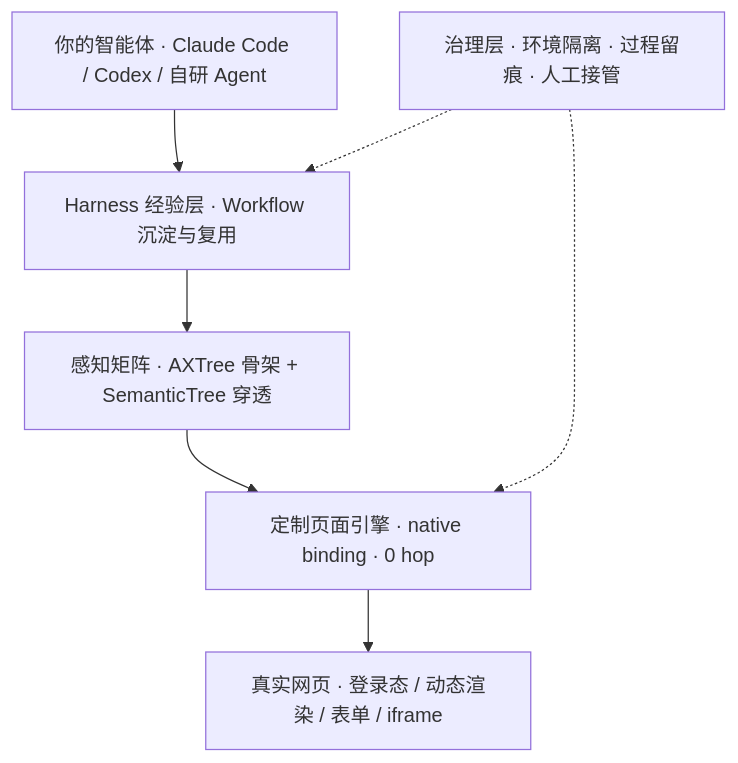
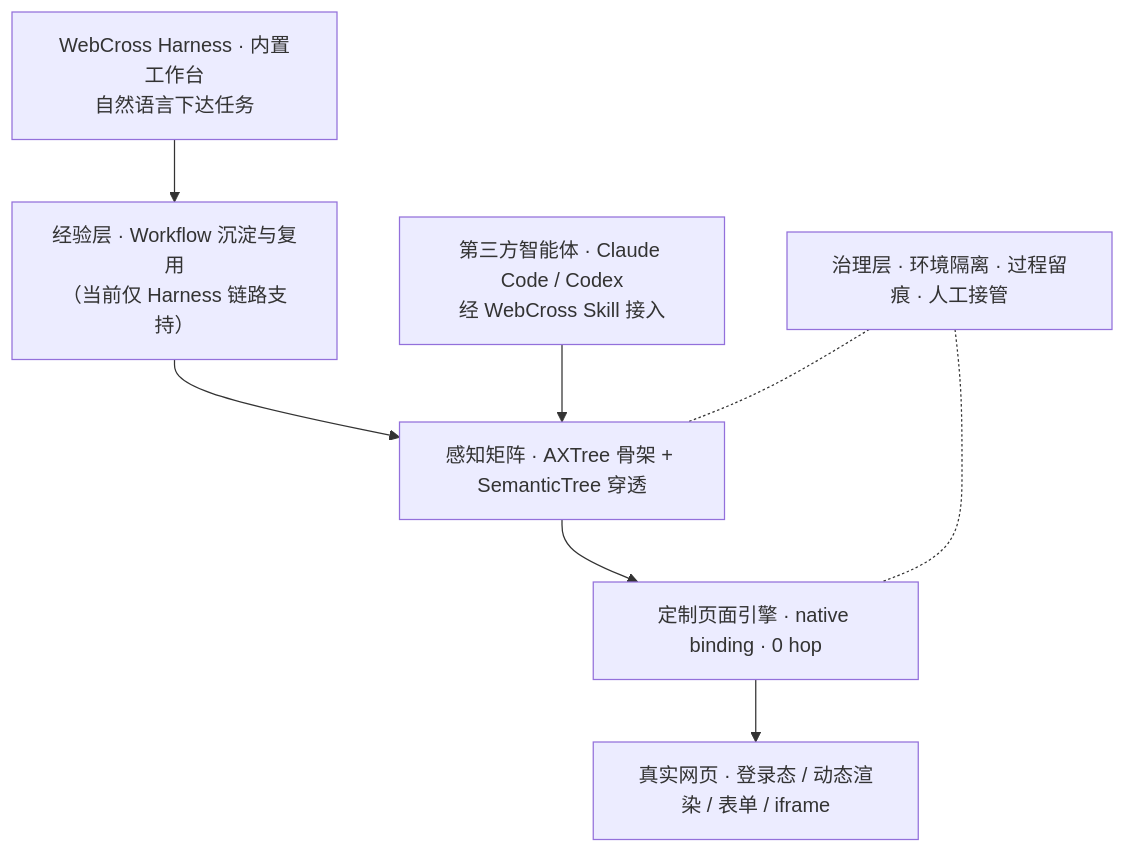
One commit to Aitheris/.github changed the first of 2 diagrams in profile/README.md. Above: the diagram before and after it, drawn with Mermaid. The commit also changed other lines of this file, not shown here.

First line of the commit message:
docs: correct architecture diagram — Harness and Skill are separate entry points

````diff
--- a/profile/README.md
+++ b/profile/README.md
@@ -39,12 +41,15 @@
 ```mermaid
 flowchart TB
-    A["你的智能体 · Claude Code / Codex / 自研 Agent"]
-    B["Harness 经验层 · Workflow 沉淀与复用"]
+    H["WebCross Harness · 内置工作台<br/>自然语言下达任务"]
+    T["第三方智能体 · Claude Code / Codex<br/>经 WebCross Skill 接入"]
+    W["经验层 · Workflow 沉淀与复用<br/>（当前仅 Harness 链路支持）"]
     C["感知矩阵 · AXTree 骨架 + SemanticTree 穿透"]
     D["定制页面引擎 · native binding · 0 hop"]
     E["真实网页 · 登录态 / 动态渲染 / 表单 / iframe"]
     G["治理层 · 环境隔离 · 过程留痕 · 人工接管"]
-    A --> B --> C --> D --> E
-    G -.-> B
-    G -.-> D
+    H --> W --> C
+    T --> C
+    C --> D --> E
+    G -.- C
+    G -.- D
 ```
````
